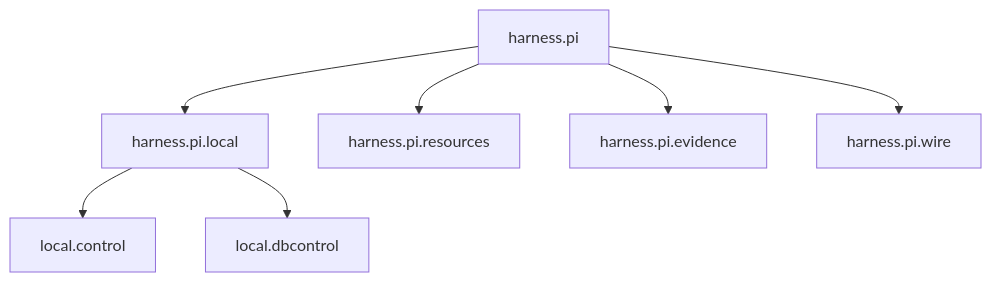
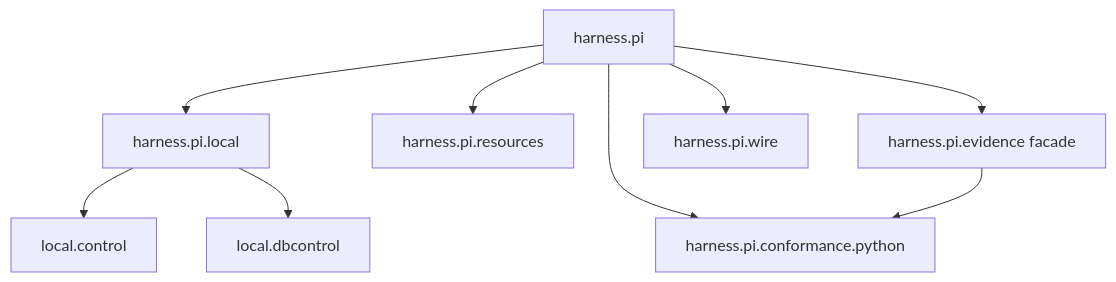
The second of 2 diagrams in docs/architecture/v1/ksdft2effmass/harness/pi/index.md (eragasa/ksdft2effmass), drawn with Mermaid before and after one commit. The commit also changed 34 other files, not shown here.

Commit message:
enforce semantic export contracts and relocate Python conformance

````diff
--- a/docs/architecture/v1/ksdft2effmass/harness/pi/index.md
+++ b/docs/architecture/v1/ksdft2effmass/harness/pi/index.md
@@ -41,17 +41,20 @@
 ```mermaid
 flowchart TD
     pi["harness.pi"]
     local["harness.pi.local"]
     control["local.control"]
     dbcontrol["local.dbcontrol"]
     resources["harness.pi.resources"]
-    evidence["harness.pi.evidence"]
+    conformance["harness.pi.conformance.python"]
+    evidence["harness.pi.evidence facade"]
     wire["harness.pi.wire"]
 
     pi --> local
     local --> control
     local --> dbcontrol
     pi --> resources
+    pi --> conformance
     pi --> evidence
+    evidence --> conformance
     pi --> wire
 ```
````
